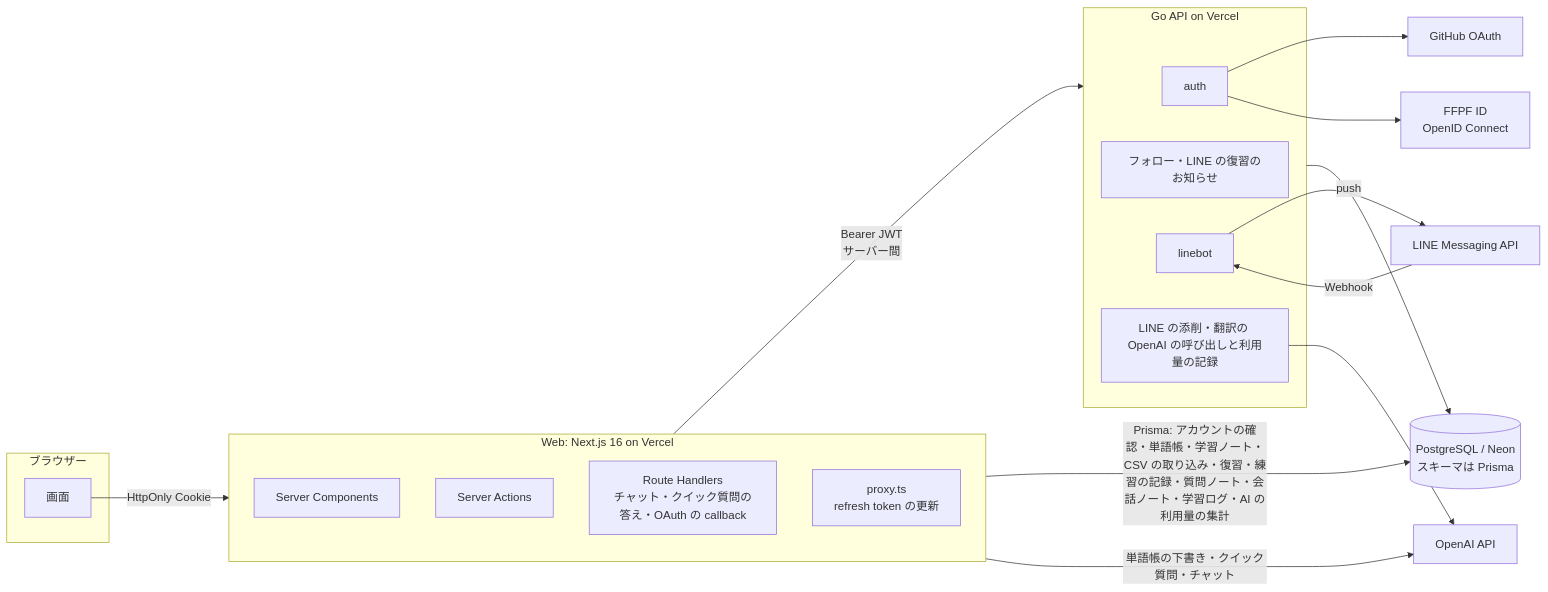
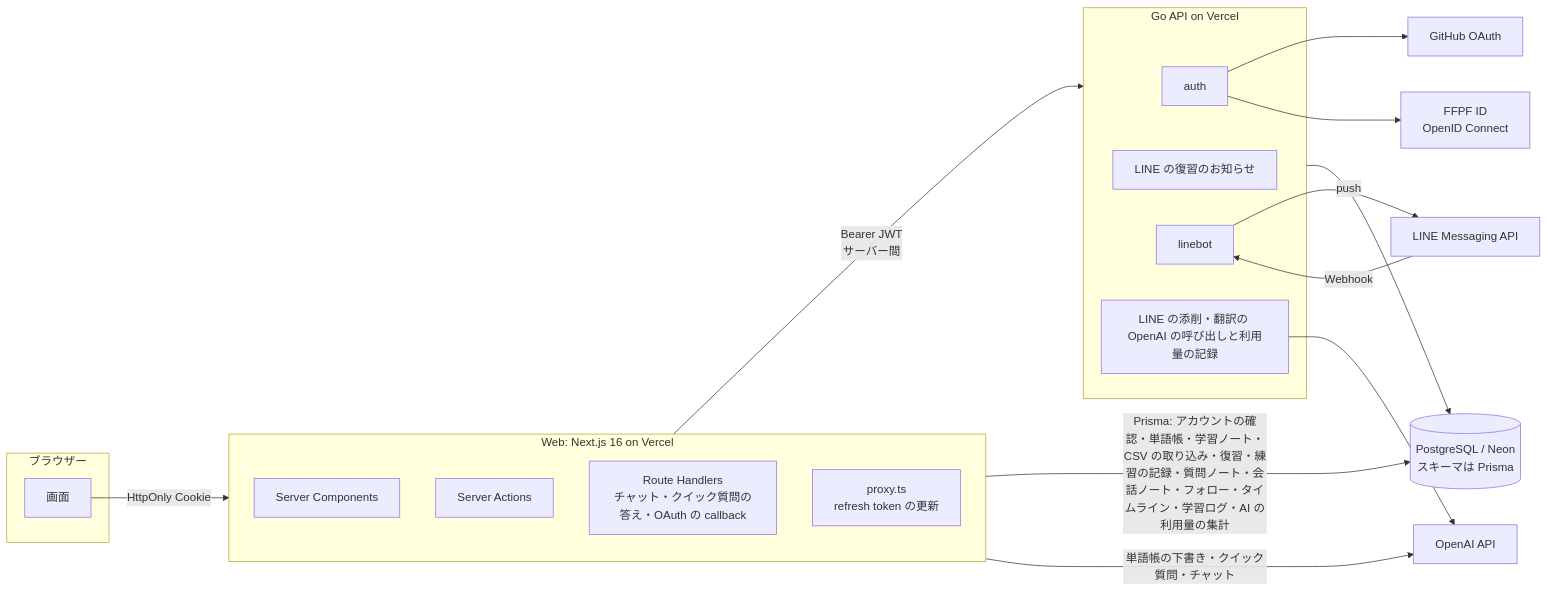
Before and after one commit to Sparklingstadt/ffpf-zhuelog: the first of 2 diagrams in docs/architecture.md, drawn with Mermaid. The commit also changed other lines of this file and 13 other files, not shown here.

Commit message:
docs: フォロー・タイムライン・会員の一覧を Web に移したことを書く

````diff
--- a/docs/architecture.md
+++ b/docs/architecture.md
@@ -7,34 +7,34 @@
 ```mermaid
 flowchart LR
   subgraph Browser[ブラウザー]
     UI[画面]
   end
   subgraph Web[Web: Next.js 16 on Vercel]
     RSC[Server Components]
     SA[Server Actions]
     RH[Route Handlers<br/>チャット・クイック質問の答え・OAuth の callback]
     PX[proxy.ts<br/>refresh token の更新]
   end
   subgraph API[Go API on Vercel]
     AUTH[auth]
-    DATA[フォロー・LINE の復習のお知らせ]
+    DATA[LINE の復習のお知らせ]
     LINEBOT[linebot]
     AI[LINE の添削・翻訳の OpenAI の呼び出しと利用量の記録]
   end
   DB[(PostgreSQL / Neon<br/>スキーマは Prisma)]
   OpenAI[OpenAI API]
   LINE[LINE Messaging API]
   GH[GitHub OAuth]
   FFPF[FFPF ID<br/>OpenID Connect]
 
   UI -->|HttpOnly Cookie| Web
   Web -->|Bearer JWT<br/>サーバー間| API
   API --> DB
-  Web -->|Prisma: アカウントの確認・単語帳・学習ノート・CSV の取り込み・復習・練習の記録・質問ノート・会話ノート・学習ログ・AI の利用量の集計| DB
+  Web -->|Prisma: アカウントの確認・単語帳・学習ノート・CSV の取り込み・復習・練習の記録・質問ノート・会話ノート・フォロー・タイムライン・学習ログ・AI の利用量の集計| DB
   Web -->|単語帳の下書き・クイック質問・チャット| OpenAI
   AI --> OpenAI
   LINE -->|Webhook| LINEBOT
   LINEBOT -->|push| LINE
   AUTH --> GH
   AUTH --> FFPF
 ```
````
